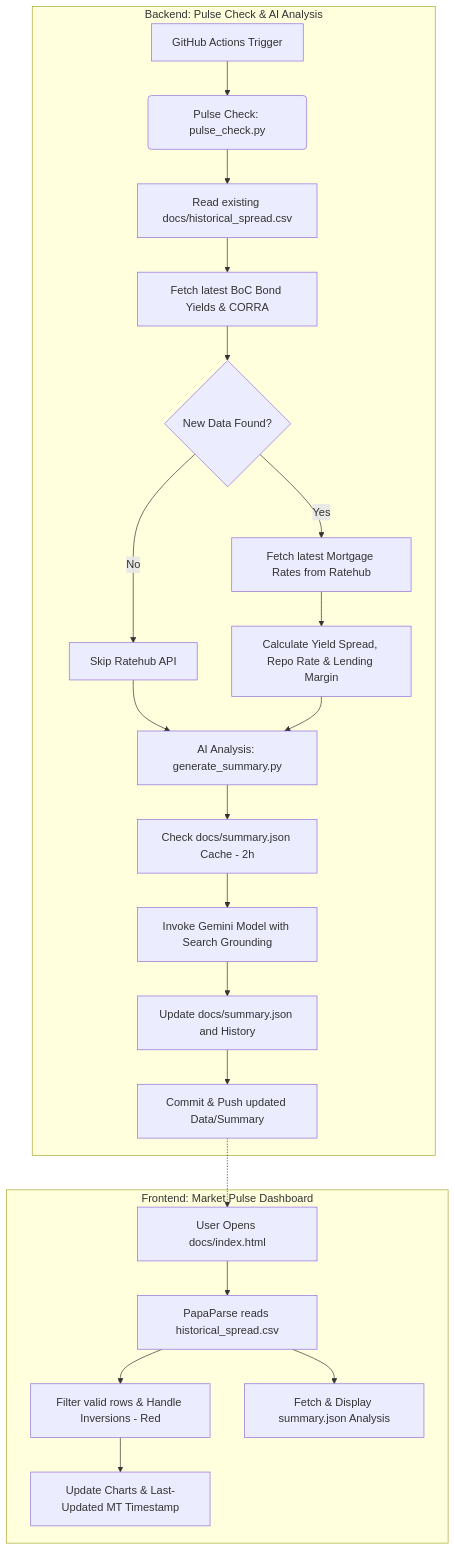
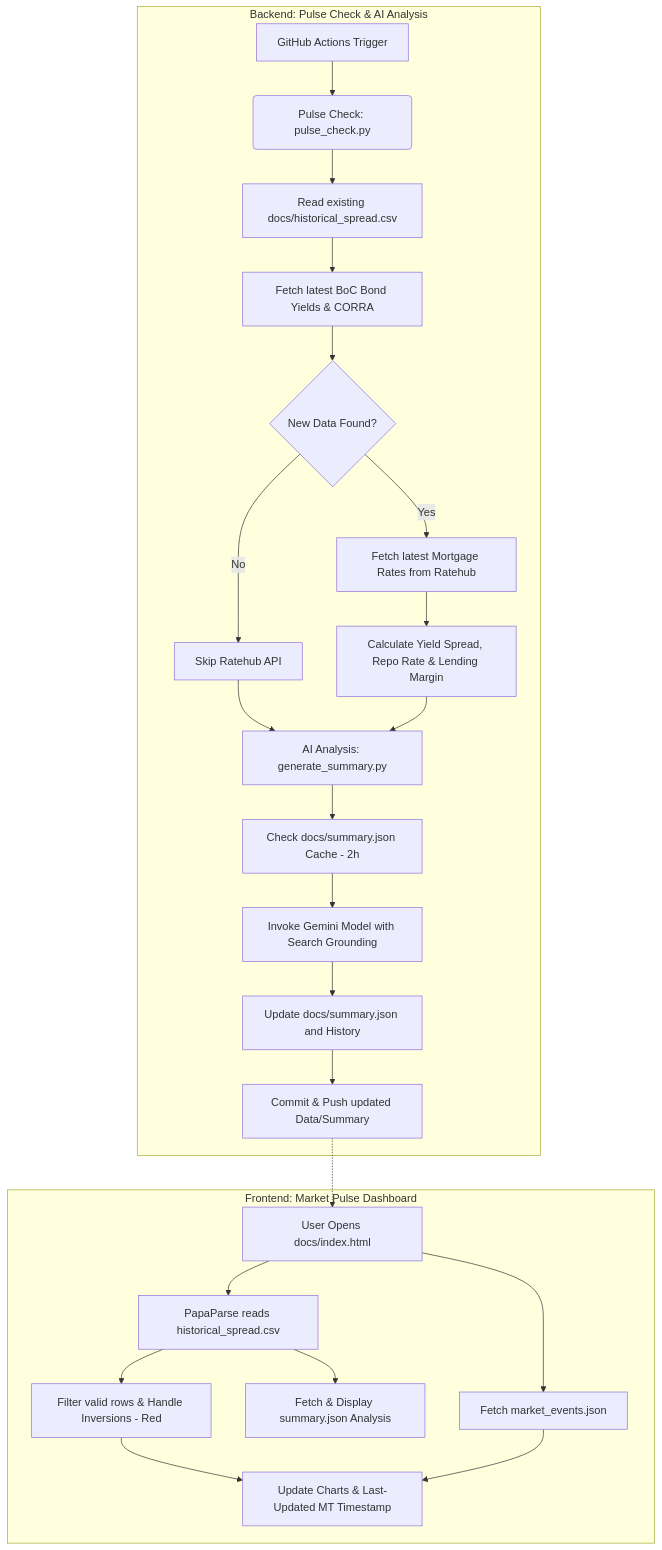
The diagram in diagrams/data_flow.mmd (rnparker/Gemini-Sandbox), drawn with Mermaid before and after one commit. The commit also changed 6 other files, not shown here.

First line of the commit message:
feat: add Canadian market event annotations to charts

```diff
--- a/diagrams/data_flow.mmd
+++ b/diagrams/data_flow.mmd
@@ -1,25 +1,27 @@
 graph TD
     subgraph Backend ["Backend: Pulse Check & AI Analysis"]
     A[GitHub Actions Trigger] --> B(Pulse Check: pulse_check.py)
     B --> C[Read existing docs/historical_spread.csv]
     C --> D[Fetch latest BoC Bond Yields & CORRA]
     D --> E{New Data Found?}
     E -- No --> F[Skip Ratehub API]
     E -- Yes --> G[Fetch latest Mortgage Rates from Ratehub]
     G --> H[Calculate Yield Spread, Repo Rate & Lending Margin]
     F --> I[AI Analysis: generate_summary.py]
     H --> I
     I --> J[Check docs/summary.json Cache - 2h]
     J --> K[Invoke Gemini Model with Search Grounding]
     K --> L[Update docs/summary.json and History]
     L --> M[Commit & Push updated Data/Summary]
     end
 
     subgraph Frontend ["Frontend: Market Pulse Dashboard"]
     N[User Opens docs/index.html] --> O[PapaParse reads historical_spread.csv]
+    N --> R1[Fetch market_events.json]
     O --> P[Filter valid rows & Handle Inversions - Red]
     P --> Q[Update Charts & Last-Updated MT Timestamp]
+    R1 --> Q
     O --> R[Fetch & Display summary.json Analysis]
     end
 
     M -.-> N
```
